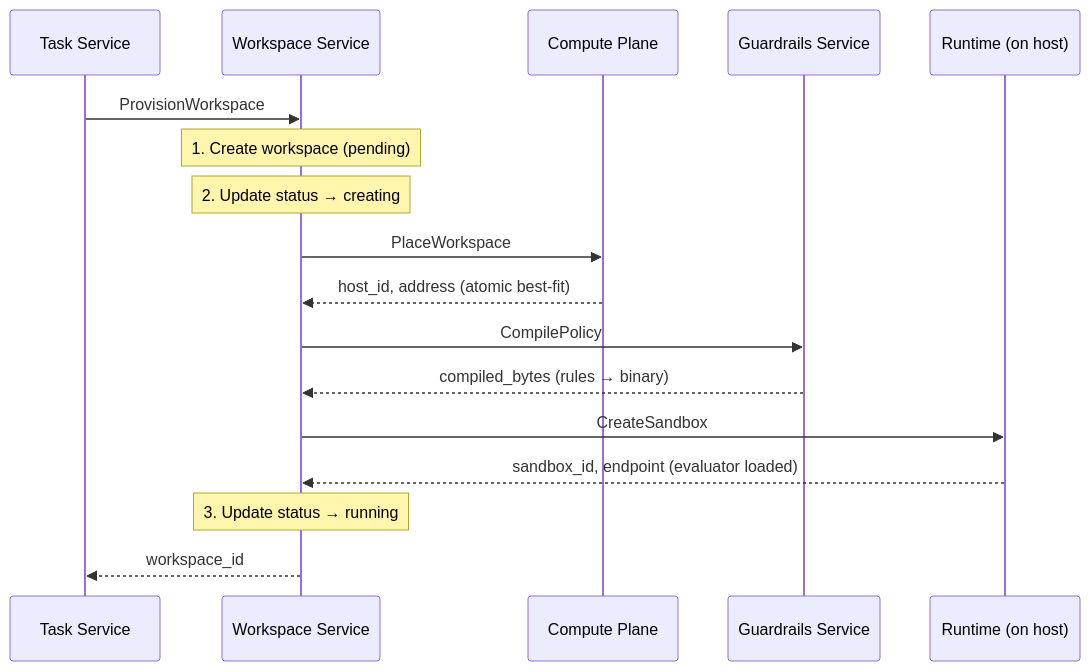
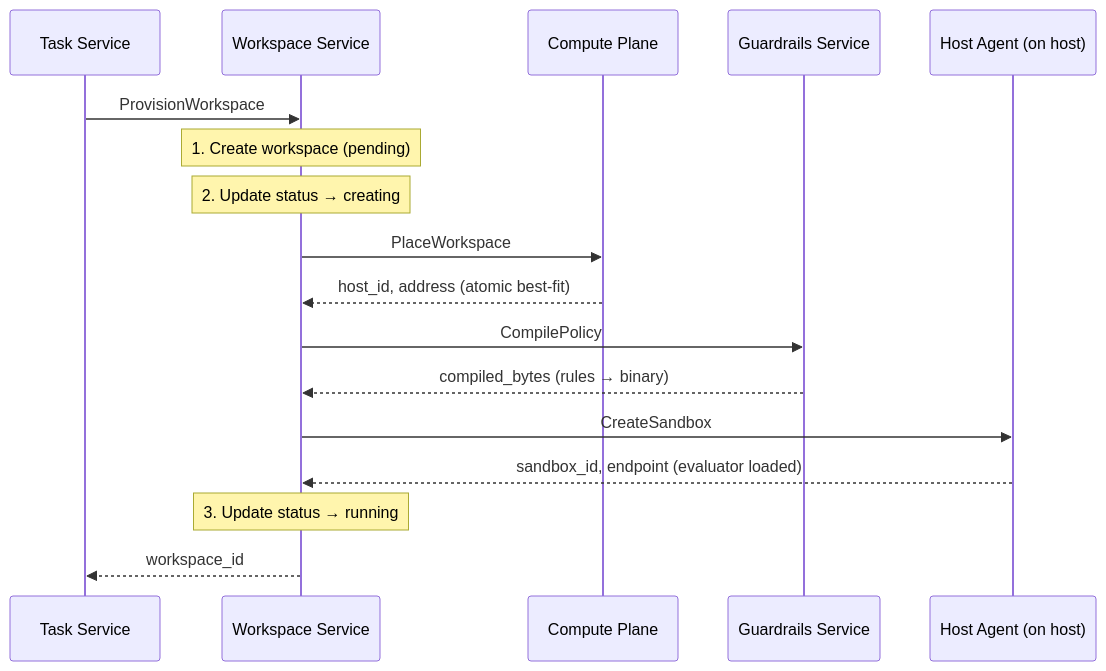
Before and after one commit to Baselyne-Systems/agent-sandbox-platform: the fourth of 5 diagrams in docs/architecture.md, drawn with Mermaid. The commit also changed other lines of this file and 21 other files, not shown here.

````diff
--- a/docs/architecture.md
+++ b/docs/architecture.md
@@ -237,24 +239,24 @@
 ```mermaid
 sequenceDiagram
     participant Task as Task Service
     participant WS as Workspace Service
     participant Compute as Compute Plane
     participant Guard as Guardrails Service
-    participant RT as Runtime (on host)
+    participant HA as Host Agent (on host)
 
     Task->>WS: ProvisionWorkspace
     Note over WS: 1. Create workspace (pending)
     Note over WS: 2. Update status → creating
 
     WS->>Compute: PlaceWorkspace
     Compute-->>WS: host_id, address (atomic best-fit)
 
     WS->>Guard: CompilePolicy
     Guard-->>WS: compiled_bytes (rules → binary)
 
-    WS->>RT: CreateSandbox
-    RT-->>WS: sandbox_id, endpoint (evaluator loaded)
+    WS->>HA: CreateSandbox
+    HA-->>WS: sandbox_id, endpoint (evaluator loaded)
 
     Note over WS: 3. Update status → running
     WS-->>Task: workspace_id
 ```
````
